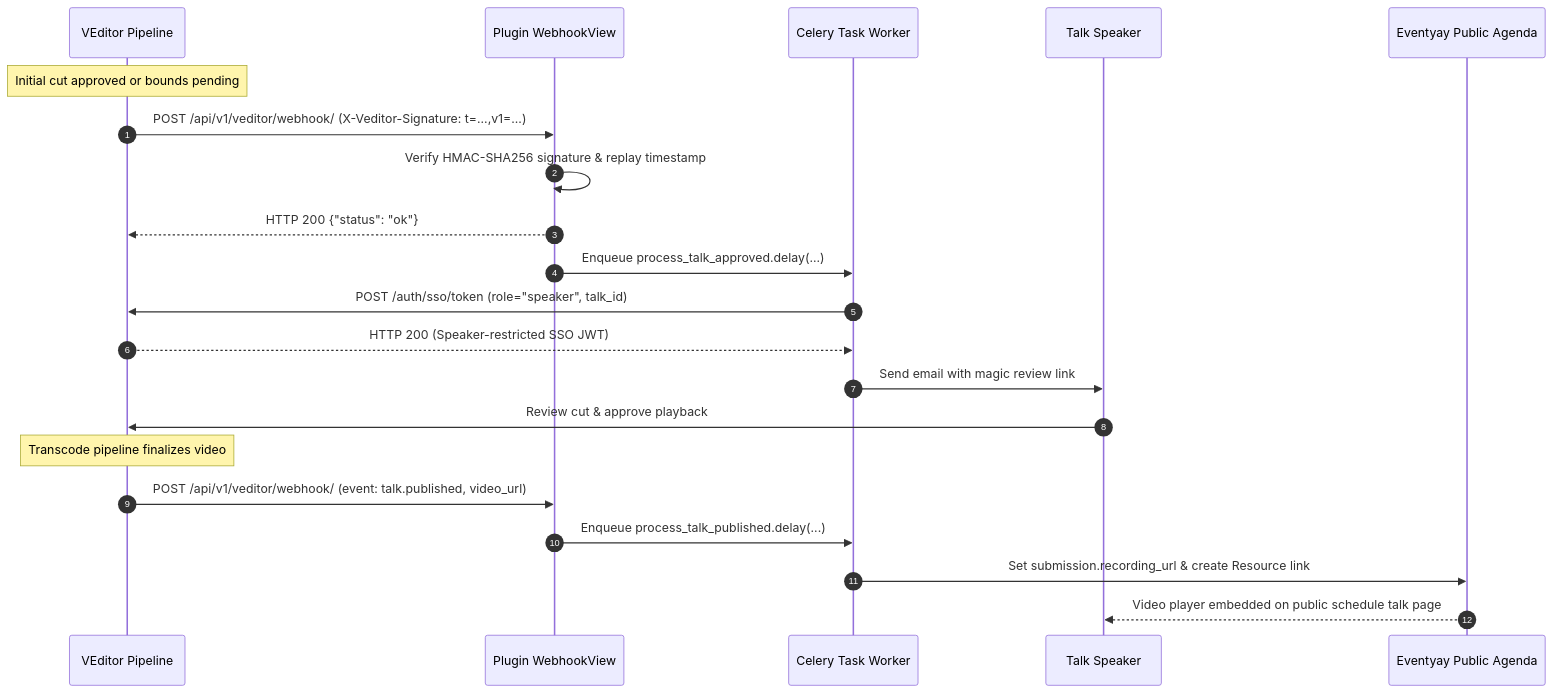
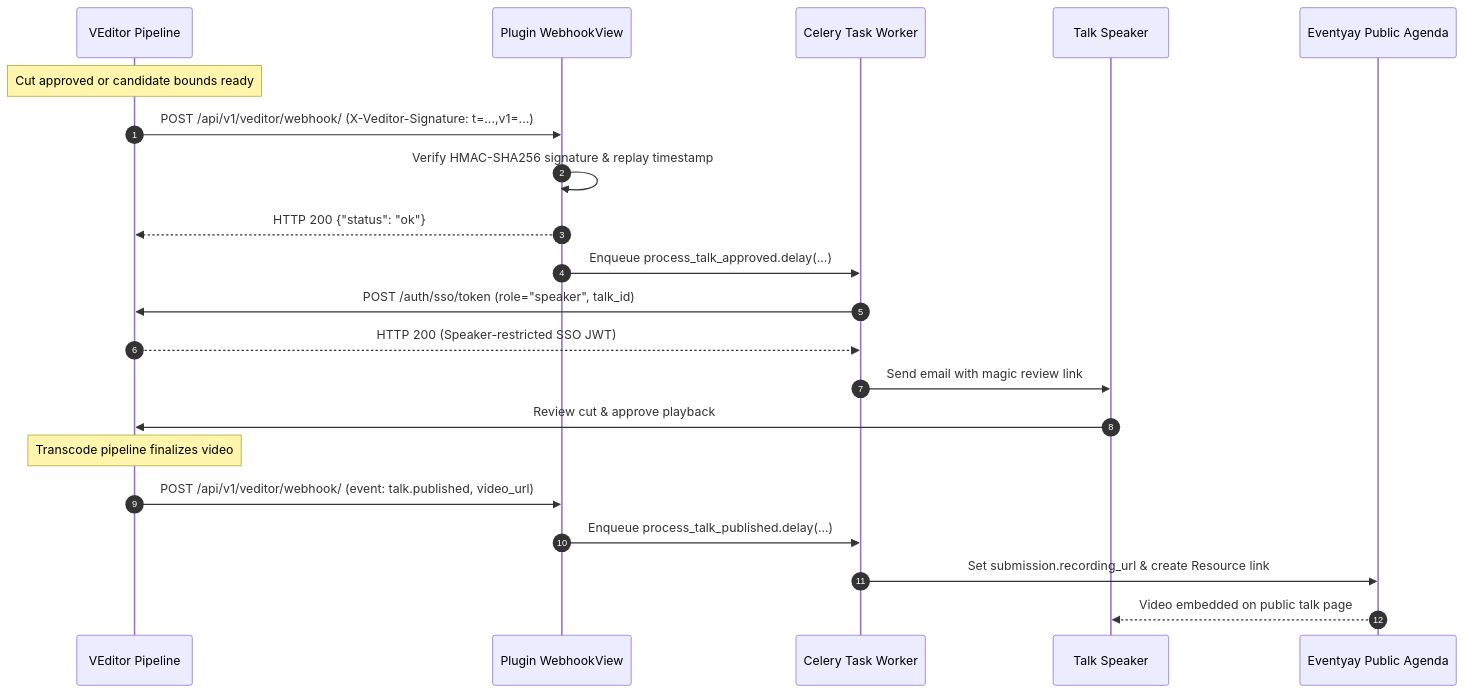
Before and after one commit to SxxAq/eventyay-veditor: the second of 2 diagrams in README.md, drawn with Mermaid. The commit also changed other lines of this file and 1 other file, not shown here.

Commit message:
docs: streamline readme with setup guide and architecture reference

````diff
--- a/README.md
+++ b/README.md
@@ -61,24 +43,24 @@
 ```mermaid
 sequenceDiagram
     autonumber
     participant VEditor as VEditor Pipeline
     participant Webhook as Plugin WebhookView
     participant Celery as Celery Task Worker
     participant Speaker as Talk Speaker
     participant Agenda as Eventyay Public Agenda
 
-    Note over VEditor: Initial cut approved or bounds pending
+    Note over VEditor: Cut approved or candidate bounds ready
     VEditor->>Webhook: POST /api/v1/veditor/webhook/ (X-Veditor-Signature: t=...,v1=...)
     Webhook->>Webhook: Verify HMAC-SHA256 signature & replay timestamp
     Webhook-->>VEditor: HTTP 200 {"status": "ok"}
     Webhook->>Celery: Enqueue process_talk_approved.delay(...)
     Celery->>VEditor: POST /auth/sso/token (role="speaker", talk_id)
     VEditor-->>Celery: HTTP 200 (Speaker-restricted SSO JWT)
     Celery->>Speaker: Send email with magic review link
     Speaker->>VEditor: Review cut & approve playback
     Note over VEditor: Transcode pipeline finalizes video
     VEditor->>Webhook: POST /api/v1/veditor/webhook/ (event: talk.published, video_url)
     Webhook->>Celery: Enqueue process_talk_published.delay(...)
     Celery->>Agenda: Set submission.recording_url & create Resource link
-    Agenda-->>Speaker: Video player embedded on public schedule talk page
+    Agenda-->>Speaker: Video embedded on public talk page
 ```
````
